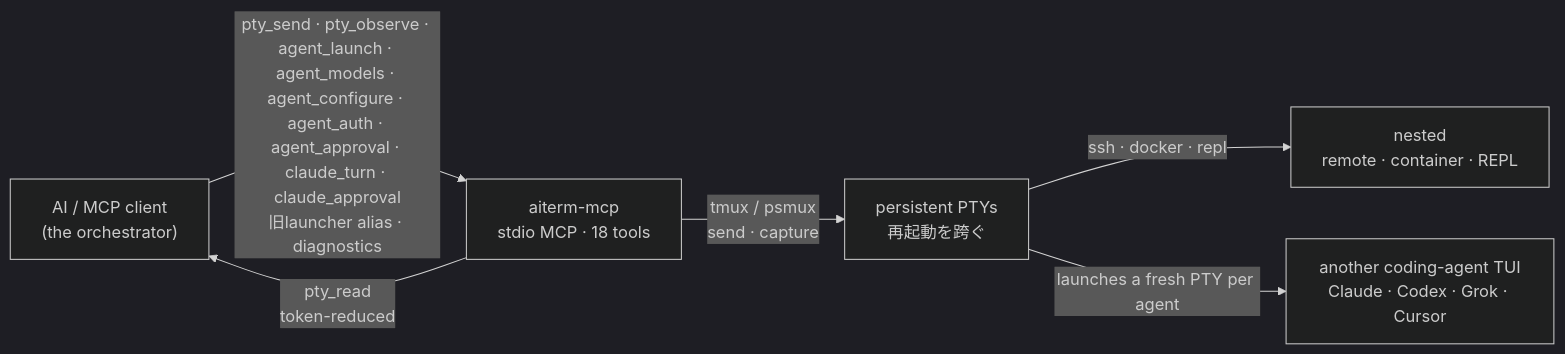
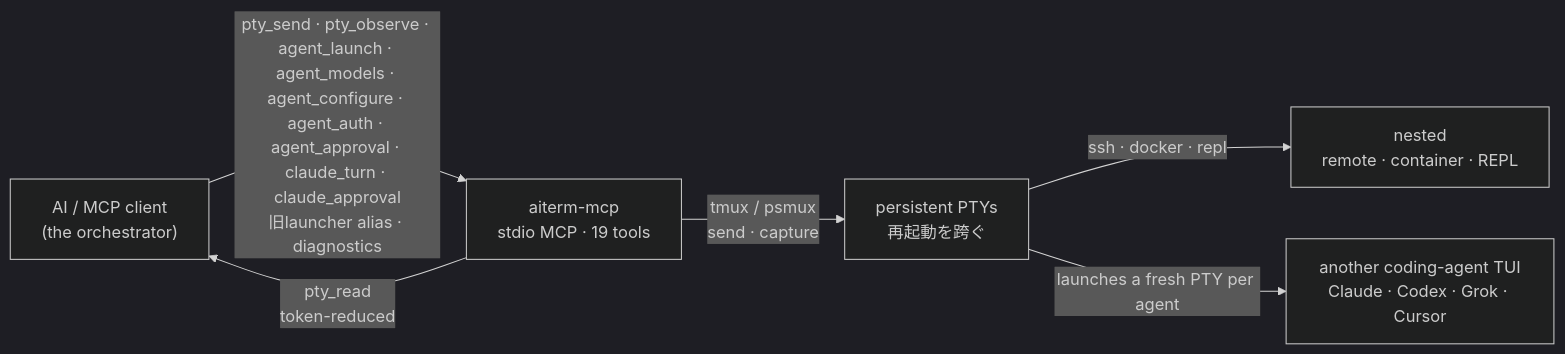
The diagram in README.ja.md (kitepon/aiterm-mcp), drawn with Mermaid (dark theme) before and after one commit. The commit also changed other lines of this file and 20 other files, not shown here.

````diff
--- a/README.ja.md
+++ b/README.ja.md
@@ -442,8 +442,8 @@
 ```mermaid
 flowchart LR
-    AI["AI / MCP client<br/>(the orchestrator)"] -->|"pty_send · pty_observe · agent_launch · agent_models · agent_configure · agent_auth · agent_approval · claude_turn · claude_approval<br/>旧launcher alias · diagnostics"| S["aiterm-mcp<br/>stdio MCP · 18 tools"]
+    AI["AI / MCP client<br/>(the orchestrator)"] -->|"pty_send · pty_observe · agent_launch · agent_models · agent_configure · agent_auth · agent_approval · claude_turn · claude_approval<br/>旧launcher alias · diagnostics"| S["aiterm-mcp<br/>stdio MCP · 19 tools"]
     S -->|"pty_read<br/>token-reduced"| AI
     S -->|"tmux / psmux<br/>send · capture"| P["persistent PTYs<br/>再起動を跨ぐ"]
     P -->|"ssh · docker · repl"| R["nested<br/>remote · container · REPL"]
     P -->|"launches a fresh PTY per agent"| A["another coding-agent TUI<br/>Claude · Codex · Grok · Cursor"]
 ```
````
